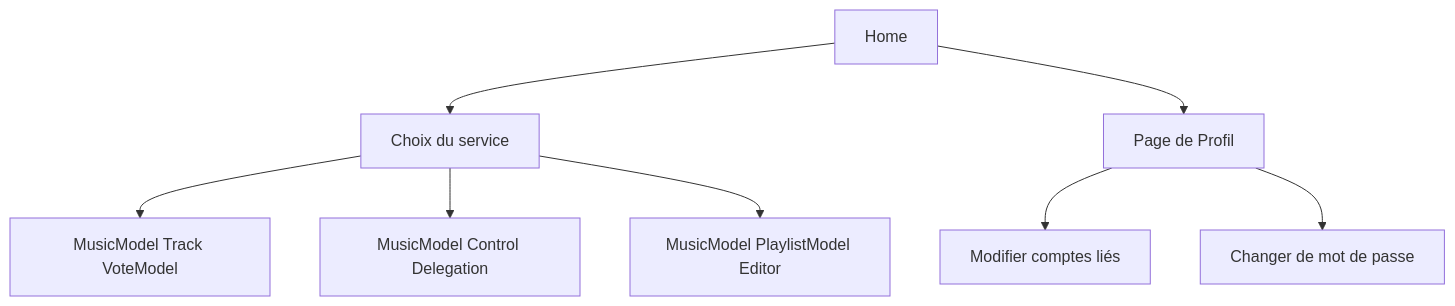
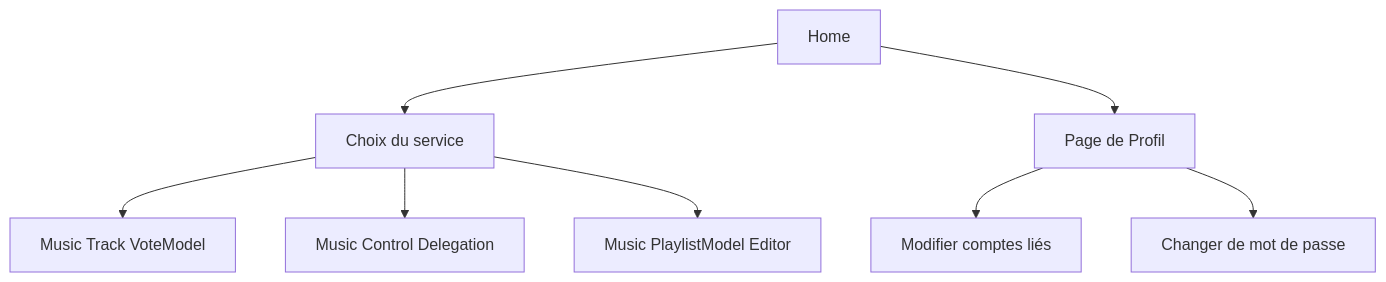
One commit to Alhuin/MusicRoom changed the second of 2 diagrams in Readme.md. Above: the diagram before and after it, drawn with Mermaid. The commit also changed other lines of this file and 3 other files, not shown here.

````diff
--- a/Readme.md
+++ b/Readme.md
@@ -62,11 +62,11 @@
 ```mermaid
 graph TD
 A[Home] --> B[Choix du service]
 A -->F[Page de Profil]
 F -->G[Modifier comptes liés]
 F -->H[Changer de mot de passe]
-B --> C[MusicModel Track VoteModel]
-B --> D[MusicModel Control Delegation]
-B --> E[MusicModel PlaylistModel Editor]
+B --> C[Music Track VoteModel]
+B --> D[Music Control Delegation]
+B --> E[Music PlaylistModel Editor]
 
 ```
````
